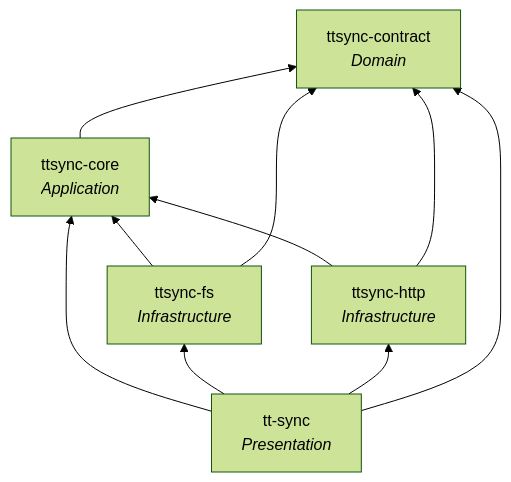
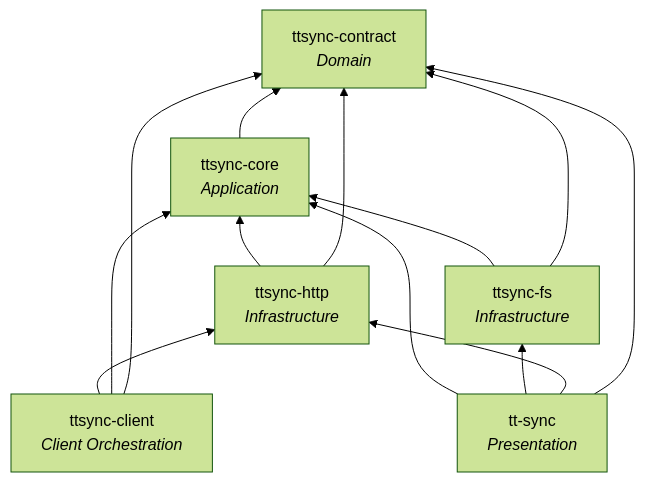
One commit to Darkatse/TT-Sync changed the first of 4 diagrams in docs/Architecture.md. Above: the diagram before and after it, drawn with Mermaid (forest theme). The commit also changed other lines of this file and 25 other files, not shown here.

````diff
--- a/docs/Architecture.md
+++ b/docs/Architecture.md
@@ -26,18 +29,22 @@
 ```mermaid
 graph BT
     contract["ttsync-contract<br/><i>Domain</i>"]
     core["ttsync-core<br/><i>Application</i>"]
+    client["ttsync-client<br/><i>Client Orchestration</i>"]
     fs["ttsync-fs<br/><i>Infrastructure</i>"]
     http["ttsync-http<br/><i>Infrastructure</i>"]
     cli["tt-sync<br/><i>Presentation</i>"]
 
     core --> contract
+    client --> http
+    client --> core
+    client --> contract
     fs --> core
     fs --> contract
     http --> core
     http --> contract
     cli --> core
     cli --> fs
     cli --> http
     cli --> contract
 ```
````
